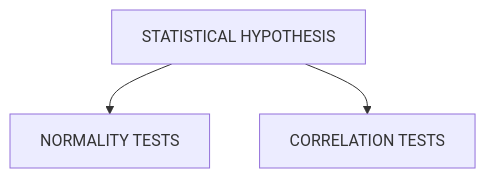
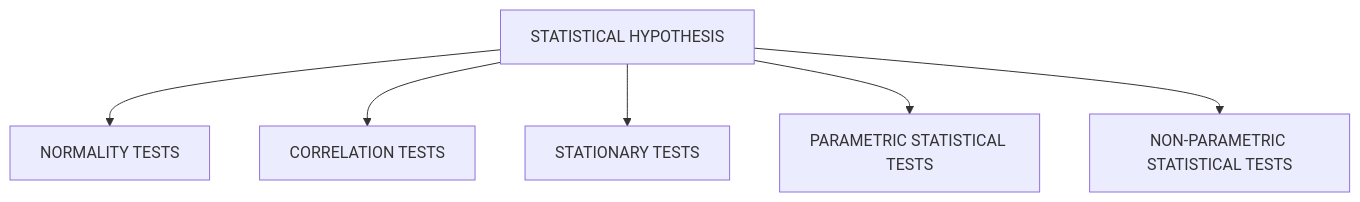
The diagram in README.md (dvamsidhar2002/Statistical-Hypothesis-Testing-with-Python), drawn with Mermaid before and after one commit.

````diff
--- a/README.md
+++ b/README.md
@@ -6,5 +6,8 @@
 ```mermaid
 flowchart TD
 A[STATISTICAL HYPOTHESIS] --> B[NORMALITY TESTS];
 A[STATISTICAL HYPOTHESIS] --> C[CORRELATION TESTS];
+A[STATISTICAL HYPOTHESIS] --> D[STATIONARY TESTS];
+A[STATISTICAL HYPOTHESIS] --> E[PARAMETRIC STATISTICAL TESTS];
+A[STATISTICAL HYPOTHESIS] --> F[NON-PARAMETRIC STATISTICAL TESTS];
 ```
````
